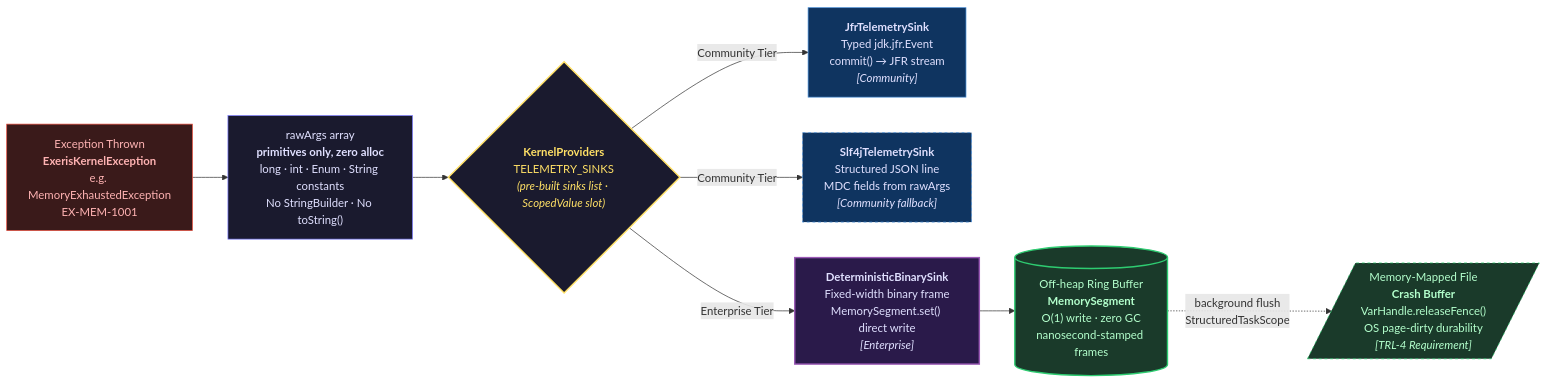
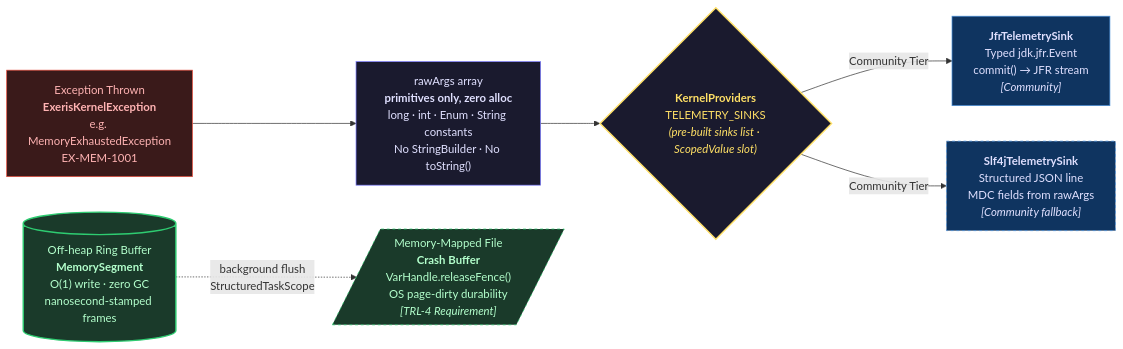
Before and after one commit to exeris-systems/exeris-kernel: the diagram in docs/subsystems/telemetry.md, drawn with Mermaid. The commit also changed other lines of this file and 18 other files, not shown here.

````diff
--- a/docs/subsystems/telemetry.md
+++ b/docs/subsystems/telemetry.md
@@ -185,35 +163,30 @@
 ```mermaid
 flowchart LR
     A["Exception Thrown\n<b>ExerisKernelException</b>\ne.g. MemoryExhaustedException\nEX-MEM-1001"]
 
     B["rawArgs array\n<b>primitives only, zero alloc</b>\nlong · int · Enum · String constants\nNo StringBuilder · No toString()"]
 
     C{"<b>KernelProviders</b>\nTELEMETRY_SINKS\n<i>(pre-built sinks list · ScopedValue slot)</i>"}
 
     D["<b>JfrTelemetrySink</b>\nTyped jdk.jfr.Event\ncommit() → JFR stream\n<i>[Community]</i>"]
 
     E["<b>Slf4jTelemetrySink</b>\nStructured JSON line\nMDC fields from rawArgs\n<i>[Community fallback]</i>"]
 
-    F["<b>DeterministicBinarySink</b>\nFixed-width binary frame\nMemorySegment.set() direct write\n<i>[Enterprise]</i>"]
-
     G[("Off-heap Ring Buffer\n<b>MemorySegment</b>\nO(1) write · zero GC\nnanosecond-stamped frames")]
 
     H[/"Memory-Mapped File\n<b>Crash Buffer</b>\nVarHandle.releaseFence()\nOS page-dirty durability\n<i>[TRL-4 Requirement]</i>"/]
 
     A --> B --> C
 
     C -->|"Community Tier"| D & E
-    C -->|"Enterprise Tier"| F
 
-    F --> G
     G -.->|"background flush\nStructuredTaskScope"| H
 
     style A fill:#3a1a1a,color:#ffb3b3,stroke:#e74c3c
     style B fill:#1a1a2e,color:#e0e0ff,stroke:#7c7cff
     style C fill:#1a1a2e,color:#ffe066,stroke:#ffe066,stroke-width:2px
     style D fill:#0f3460,color:#e0e0ff,stroke:#4a90d9
     style E fill:#0f3460,color:#e0e0ff,stroke:#4a90d9,stroke-dasharray: 4 4
-    style F fill:#2a1a4a,color:#e0e0ff,stroke:#9b59b6,stroke-width:2px
     style G fill:#1a3a2a,color:#b3ffcc,stroke:#2ecc71,stroke-width:2px
     style H fill:#1a3a2a,color:#b3ffcc,stroke:#2ecc71,stroke-dasharray: 4 4
 ```
````
